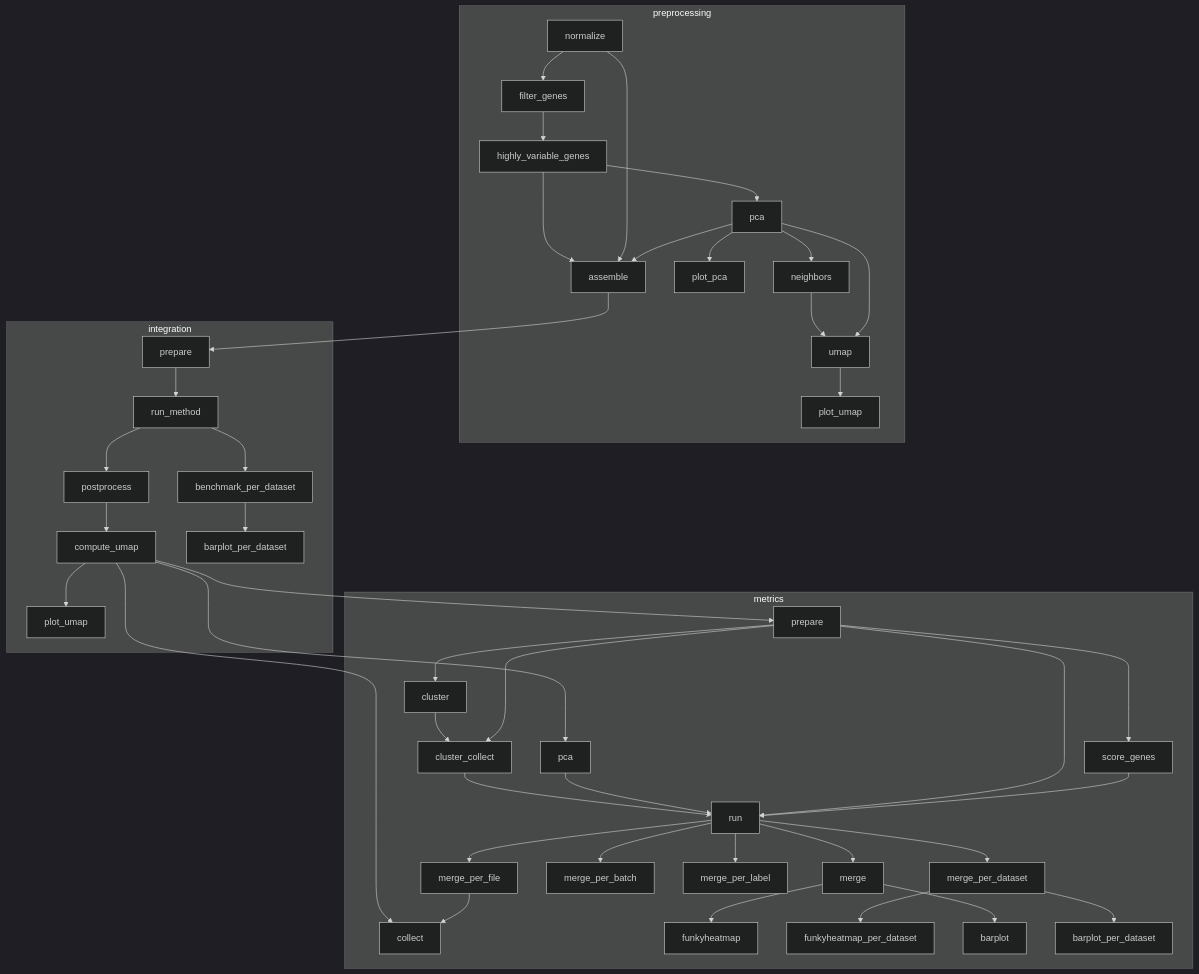
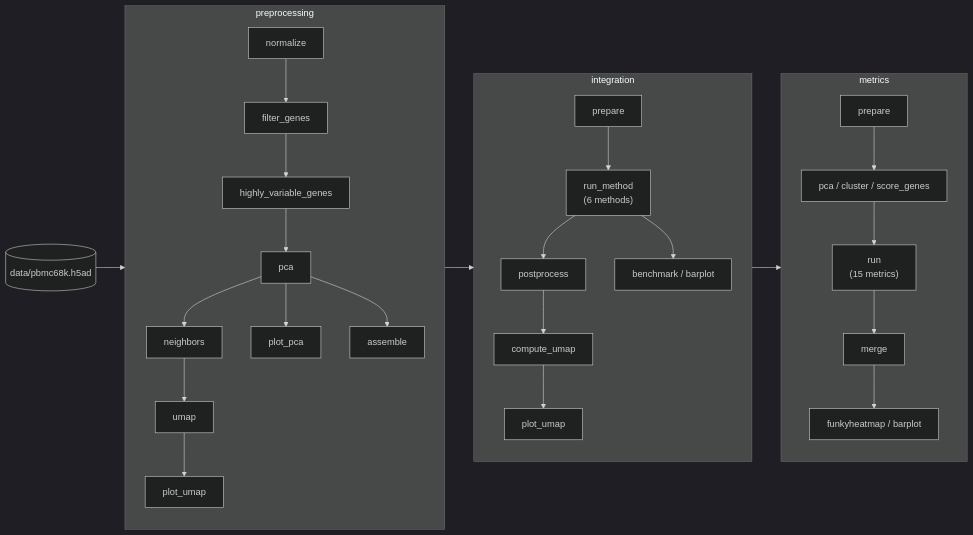
One commit to lueckenlab/scAtlasTb changed the diagram in docs/getting_started/quickstart.md. Above: the diagram before and after it, drawn with Mermaid (dark theme). The commit also changed other lines of this file, not shown here.

Commit message:
docs: condense demo workflow diagram in quickstart
The full 32-rule graph rendered too small to read. Show the main steps
per module instead (derived from the rule graph) and link to the module
pages for the complete rule graphs.

````diff
--- a/docs/getting_started/quickstart.md
+++ b/docs/getting_started/quickstart.md
@@ -12,80 +12,22 @@
 ```mermaid
-flowchart TD
+flowchart LR
+  input[("data/pbmc68k.h5ad")] --> preprocessing
   subgraph preprocessing
-    preprocessing__assemble["assemble"]
-    preprocessing__normalize["normalize"]
-    preprocessing__highly_variable_genes["highly_variable_genes"]
-    preprocessing__filter_genes["filter_genes"]
-    preprocessing__pca["pca"]
-    preprocessing__plot_pca["plot_pca"]
-    preprocessing__plot_umap["plot_umap"]
-    preprocessing__umap["umap"]
-    preprocessing__neighbors["neighbors"]
+    direction TB
+    p1["normalize"] --> p2["filter_genes"] --> p3["highly_variable_genes"] --> p4["pca"] --> p5["neighbors"] --> p6["umap"]
+    p4 --> p7["plot_pca"]
+    p6 --> p9["plot_umap"]
+    p4 --> p8["assemble"]
   end
+  preprocessing --> integration
+  subgraph integration
+    direction TB
+    i1["prepare"] --> i2["run_method<br/>(6 methods)"] --> i3["postprocess"] --> i4["compute_umap"] --> i5["plot_umap"]
+    i2 --> i6["benchmark / barplot"]
+  end
+  integration --> metrics
   subgraph metrics
-    metrics__prepare["prepare"]
-    metrics__pca["pca"]
-    metrics__score_genes["score_genes"]
-    metrics__cluster_collect["cluster_collect"]
-    metrics__cluster["cluster"]
-    metrics__run["run"]
-    metrics__collect["collect"]
-    metrics__merge_per_file["merge_per_file"]
-    metrics__merge_per_dataset["merge_per_dataset"]
-    metrics__merge_per_batch["merge_per_batch"]
-    metrics__merge_per_label["merge_per_label"]
-    metrics__funkyheatmap["funkyheatmap"]
-    metrics__merge["merge"]
-    metrics__funkyheatmap_per_dataset["funkyheatmap_per_dataset"]
-    metrics__barplot["barplot"]
-    metrics__barplot_per_dataset["barplot_per_dataset"]
+    direction TB
+    m1["prepare"] --> m2["pca / cluster / score_genes"] --> m3["run<br/>(15 metrics)"] --> m4["merge"] --> m5["funkyheatmap / barplot"]
   end
-  subgraph integration
-    integration__compute_umap["compute_umap"]
-    integration__postprocess["postprocess"]
-    integration__run_method["run_method"]
-    integration__prepare["prepare"]
-    integration__barplot_per_dataset["barplot_per_dataset"]
-    integration__benchmark_per_dataset["benchmark_per_dataset"]
-    integration__plot_umap["plot_umap"]
-  end
-  integration__benchmark_per_dataset --> integration__barplot_per_dataset
-  integration__compute_umap --> integration__plot_umap
-  integration__compute_umap --> metrics__collect
-  integration__compute_umap --> metrics__pca
-  integration__compute_umap --> metrics__prepare
-  integration__postprocess --> integration__compute_umap
-  integration__prepare --> integration__run_method
-  integration__run_method --> integration__benchmark_per_dataset
-  integration__run_method --> integration__postprocess
-  metrics__cluster --> metrics__cluster_collect
-  metrics__cluster_collect --> metrics__run
-  metrics__merge --> metrics__barplot
-  metrics__merge --> metrics__funkyheatmap
-  metrics__merge_per_dataset --> metrics__barplot_per_dataset
-  metrics__merge_per_dataset --> metrics__funkyheatmap_per_dataset
-  metrics__merge_per_file --> metrics__collect
-  metrics__pca --> metrics__run
-  metrics__prepare --> metrics__cluster
-  metrics__prepare --> metrics__cluster_collect
-  metrics__prepare --> metrics__run
-  metrics__prepare --> metrics__score_genes
-  metrics__run --> metrics__merge
-  metrics__run --> metrics__merge_per_batch
-  metrics__run --> metrics__merge_per_dataset
-  metrics__run --> metrics__merge_per_file
-  metrics__run --> metrics__merge_per_label
-  metrics__score_genes --> metrics__run
-  preprocessing__assemble --> integration__prepare
-  preprocessing__filter_genes --> preprocessing__highly_variable_genes
-  preprocessing__highly_variable_genes --> preprocessing__assemble
-  preprocessing__highly_variable_genes --> preprocessing__pca
-  preprocessing__neighbors --> preprocessing__umap
-  preprocessing__normalize --> preprocessing__assemble
-  preprocessing__normalize --> preprocessing__filter_genes
-  preprocessing__pca --> preprocessing__assemble
-  preprocessing__pca --> preprocessing__neighbors
-  preprocessing__pca --> preprocessing__plot_pca
-  preprocessing__pca --> preprocessing__umap
-  preprocessing__umap --> preprocessing__plot_umap
 ```
````
